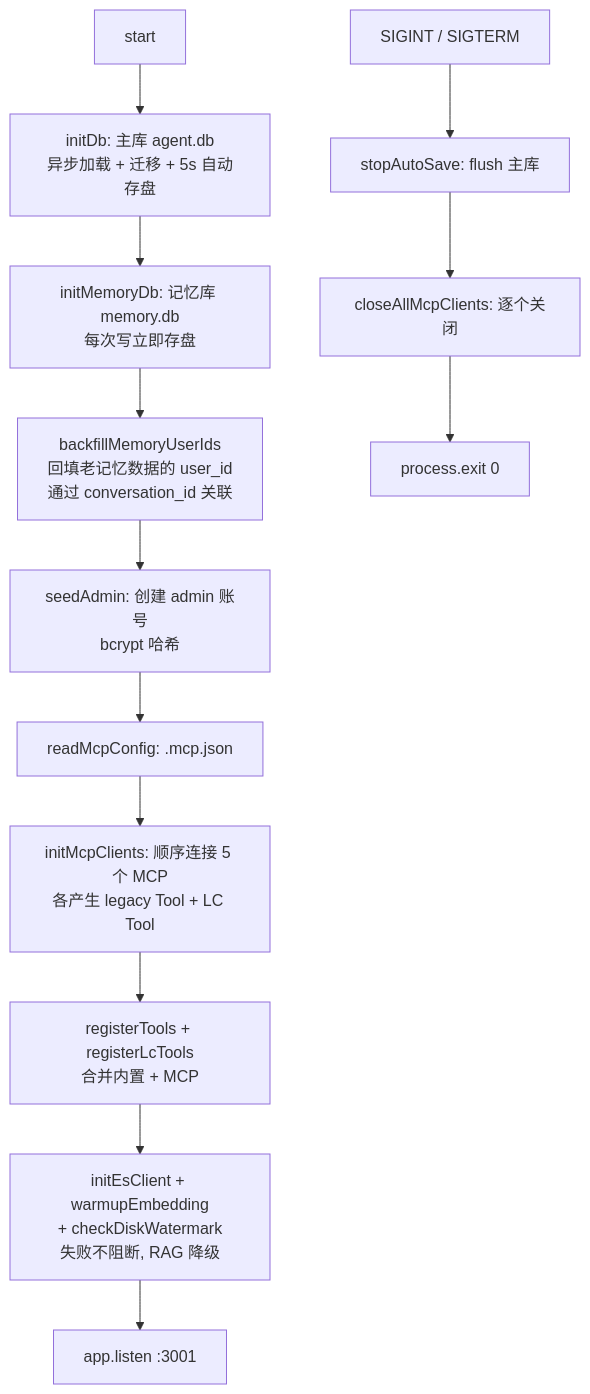
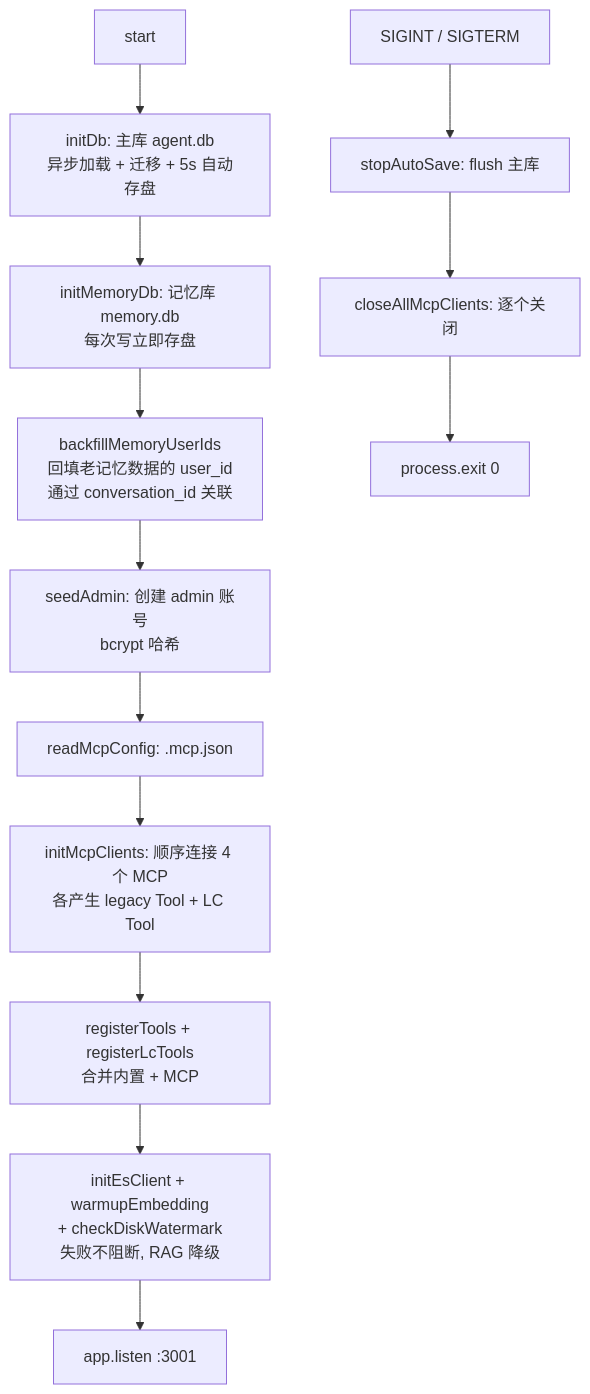
One commit to xiongaming879-create/agent changed the seventh of 8 diagrams in README.md. Above: the diagram before and after it, drawn with Mermaid. The commit also changed other lines of this file and 15 other files, not shown here.

````diff
--- a/README.md
+++ b/README.md
@@ -574,16 +575,16 @@
 ```mermaid
 flowchart TD
     A[start] --> B[initDb: 主库 agent.db<br/>异步加载 + 迁移 + 5s 自动存盘]
     B --> C[initMemoryDb: 记忆库 memory.db<br/>每次写立即存盘]
     C --> C2[backfillMemoryUserIds<br/>回填老记忆数据的 user_id<br/>通过 conversation_id 关联]
     C2 --> D[seedAdmin: 创建 admin 账号<br/>bcrypt 哈希]
     D --> E[readMcpConfig: .mcp.json]
-    E --> F[initMcpClients: 顺序连接 5 个 MCP<br/>各产生 legacy Tool + LC Tool]
+    E --> F[initMcpClients: 顺序连接 4 个 MCP<br/>各产生 legacy Tool + LC Tool]
     F --> G[registerTools + registerLcTools<br/>合并内置 + MCP]
     G --> G2[initEsClient + warmupEmbedding<br/>+ checkDiskWatermark<br/>失败不阻断, RAG 降级]
     G2 --> H[app.listen :3001]
 
     I[SIGINT / SIGTERM] --> J[stopAutoSave: flush 主库]
     J --> K[closeAllMcpClients: 逐个关闭]
     K --> L[process.exit 0]
 ```
````
